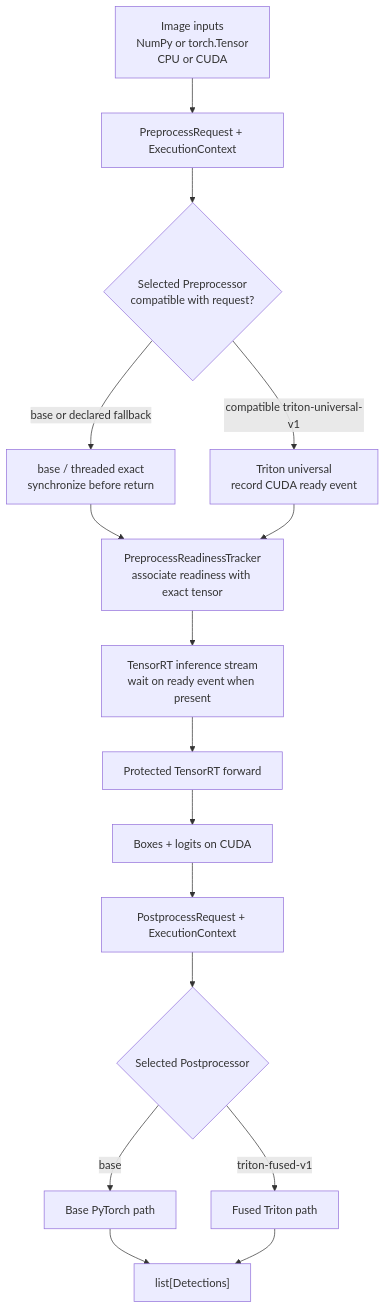
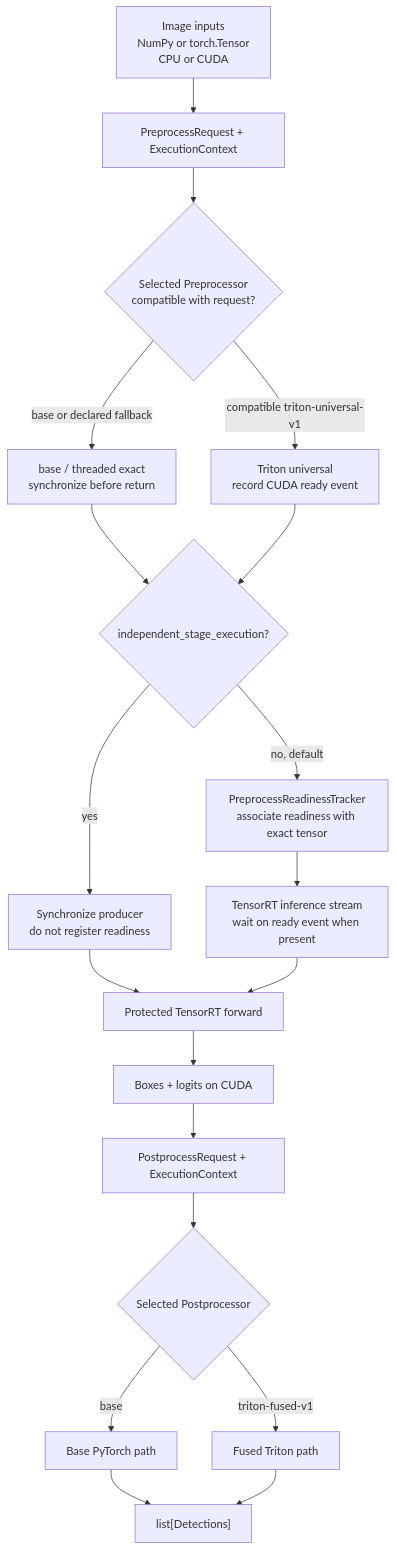
One commit to roboflow/inference changed the third of 3 diagrams in inference_models/docs/contributors/inference-path-optimization-architecture.md. Above: the diagram before and after it, drawn with Mermaid. The commit also changed other lines of this file and 3 other files, not shown here.

First line of the commit message:
Add independent stage execution option for RF-DETR model

````diff
--- a/inference_models/docs/contributors/inference-path-optimization-architecture.md
+++ b/inference_models/docs/contributors/inference-path-optimization-architecture.md
@@ -183,28 +183,32 @@
 ```mermaid
 flowchart TD
     inputs["Image inputs<br/>NumPy or torch.Tensor<br/>CPU or CUDA"]
     pre_request["PreprocessRequest + ExecutionContext"]
     pre_selected{"Selected Preprocessor<br/>compatible with request?"}
     pre_base["base / threaded exact<br/>synchronize before return"]
     pre_triton["Triton universal<br/>record CUDA ready event"]
+    boundary{"independent_stage_execution?"}
+    independent["Synchronize producer<br/>do not register readiness"]
     readiness["PreprocessReadinessTracker<br/>associate readiness with exact tensor"]
     wait["TensorRT inference stream<br/>wait on ready event when present"]
     forward["Protected TensorRT forward"]
     outputs["Boxes + logits on CUDA"]
     post_request["PostprocessRequest + ExecutionContext"]
     post_selected{"Selected Postprocessor"}
     post_base["Base PyTorch path"]
     post_triton["Fused Triton path"]
     detections["list[Detections]"]
 
     inputs --> pre_request --> pre_selected
     pre_selected -->|base or declared fallback| pre_base
     pre_selected -->|compatible triton-universal-v1| pre_triton
-    pre_base --> readiness
-    pre_triton --> readiness
+    pre_base --> boundary
+    pre_triton --> boundary
+    boundary -->|yes| independent --> forward
+    boundary -->|no, default| readiness
     readiness --> wait --> forward --> outputs --> post_request --> post_selected
     post_selected -->|base| post_base
     post_selected -->|triton-fused-v1| post_triton
     post_base --> detections
     post_triton --> detections
 ```
````
